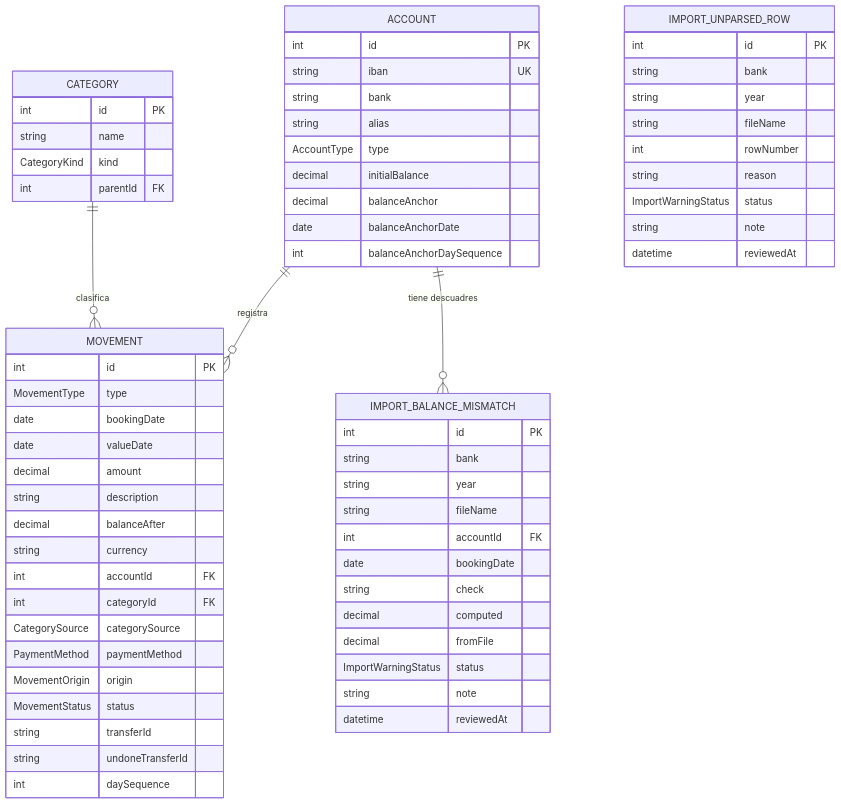
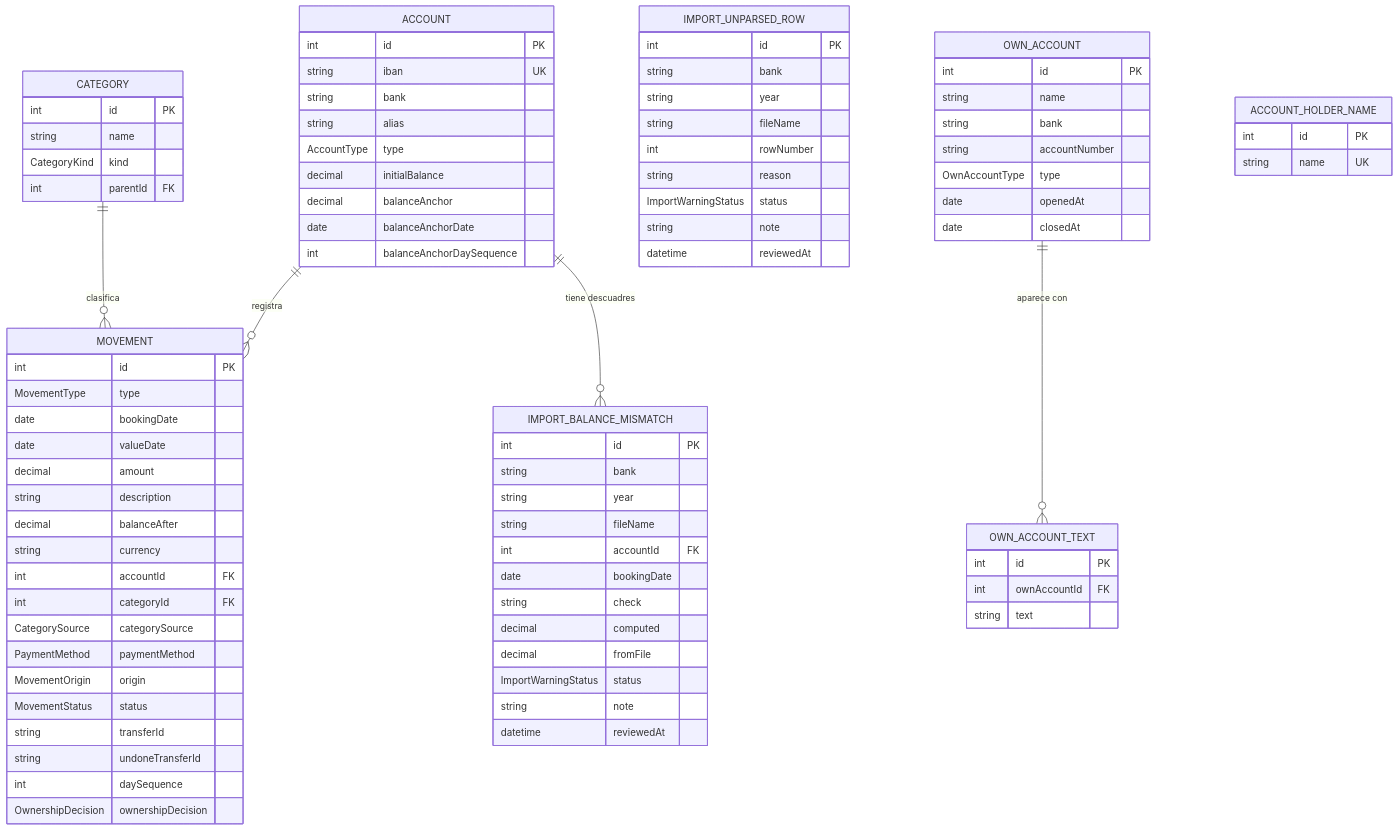
Before and after one commit to wanyos/control-gastos-backend: the first of 2 diagrams in docs/data-model.md, drawn with Mermaid. The commit also changed other lines of this file and 36 other files, not shown here.

````diff
--- a/docs/data-model.md
+++ b/docs/data-model.md
@@ -137,5 +138,25 @@
         string transferId
         string undoneTransferId
         int daySequence
+        OwnershipDecision ownershipDecision
+    }
+    OWN_ACCOUNT ||--o{ OWN_ACCOUNT_TEXT : "aparece con"
+    OWN_ACCOUNT {
+        int id PK
+        string name
+        string bank
+        string accountNumber
+        OwnAccountType type
+        date openedAt
+        date closedAt
+    }
+    OWN_ACCOUNT_TEXT {
+        int id PK
+        int ownAccountId FK
+        string text
+    }
+    ACCOUNT_HOLDER_NAME {
+        int id PK
+        string name UK
     }
 ```
````
